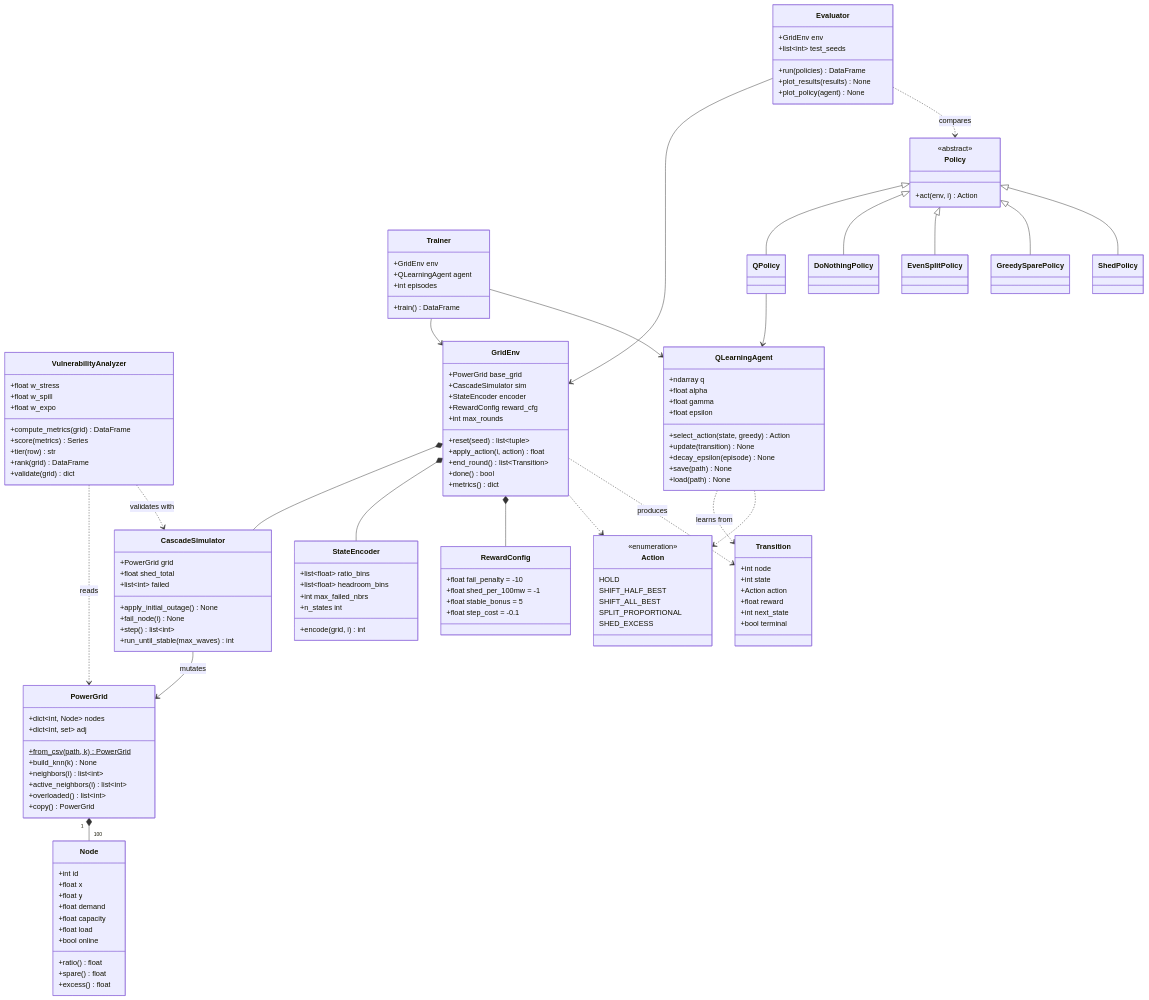
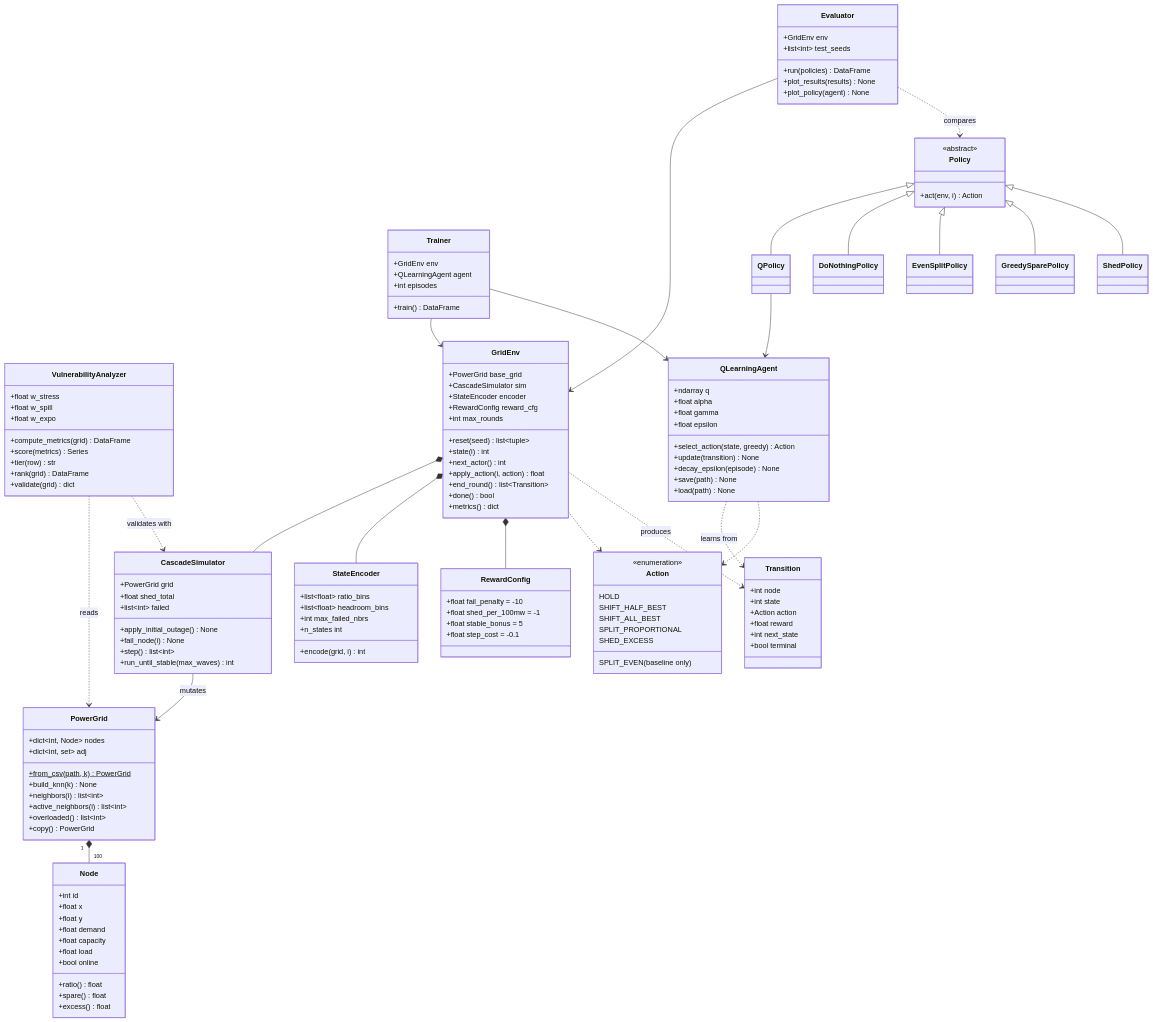
One commit to anisring/powergrid changed the second of 5 diagrams in docs/design.md. Above: the diagram before and after it, drawn with Mermaid. The commit also changed other lines of this file and 8 other files, not shown here.

```diff
--- a/docs/design.md
+++ b/docs/design.md
@@ -132,6 +133,7 @@
         SHIFT_ALL_BEST
         SPLIT_PROPORTIONAL
         SHED_EXCESS
+        SPLIT_EVEN (baseline only)
     }
 
     class StateEncoder {
@@ -156,6 +158,8 @@
         +RewardConfig reward_cfg
         +int max_rounds
         +reset(seed) list~tuple~
+        +state(i) int
+        +next_actor() int
         +apply_action(i, action) float
         +end_round() list~Transition~
         +done() bool
```
